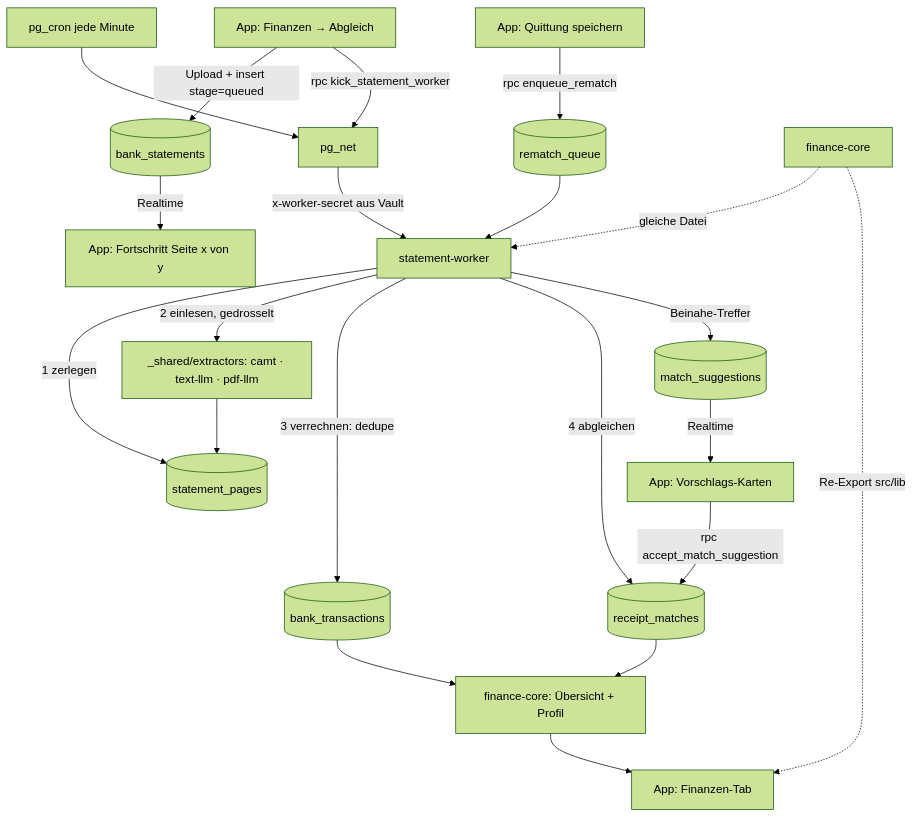
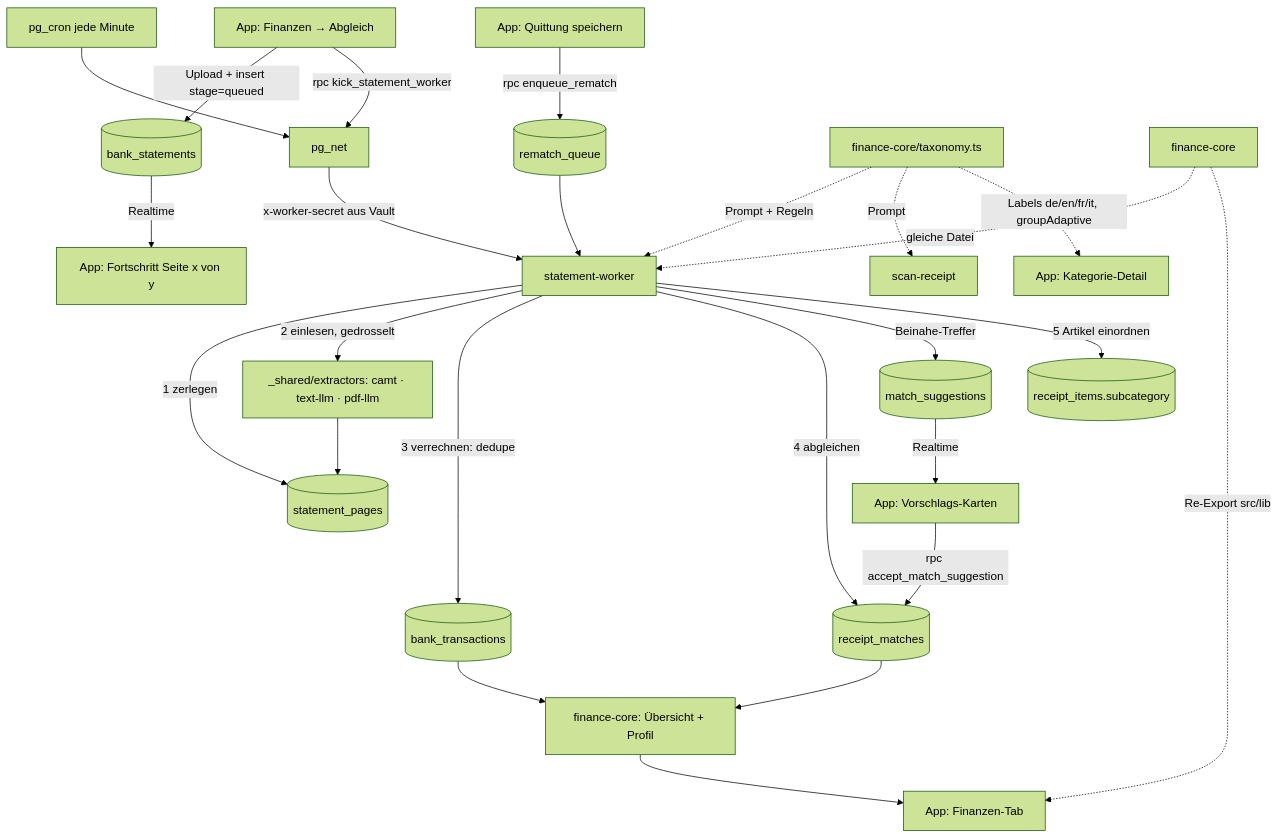
Before and after one commit to RaphaDevx/piggy: the diagram in ARCHITECTURE.md, drawn with Mermaid (forest theme). The commit also changed other lines of this file and 35 other files, not shown here.

````diff
--- a/ARCHITECTURE.md
+++ b/ARCHITECTURE.md
@@ -33,20 +37,24 @@
 ```mermaid
 graph TD
     APP[App: Finanzen → Abgleich] -->|Upload + insert stage=queued| ST[(bank_statements)]
     APP -->|rpc kick_statement_worker| NET[pg_net]
     CRON[pg_cron jede Minute] --> NET
     NET -->|x-worker-secret aus Vault| W[statement-worker]
     W -->|1 zerlegen| PG[(statement_pages)]
     W -->|2 einlesen, gedrosselt| EX[_shared/extractors: camt · text-llm · pdf-llm]
     EX --> PG
     W -->|3 verrechnen: dedupe| TX[(bank_transactions)]
     W -->|4 abgleichen| MT[(receipt_matches)]
     W -->|Beinahe-Treffer| SG[(match_suggestions)]
     SCAN[App: Quittung speichern] -->|rpc enqueue_rematch| RQ[(rematch_queue)] --> W
     ST -->|Realtime| PROG[App: Fortschritt Seite x von y]
     SG -->|Realtime| CARD[App: Vorschlags-Karten] -->|rpc accept_match_suggestion| MT
     TX & MT --> FIN[finance-core: Übersicht + Profil] --> TAB[App: Finanzen-Tab]
+    W -->|5 Artikel einordnen| RI[(receipt_items.subcategory)]
+    TAXO[finance-core/taxonomy.ts] -.->|Prompt + Regeln| W
+    TAXO -.->|Prompt| SR[scan-receipt]
+    TAXO -.->|Labels de/en/fr/it, groupAdaptive| CAT[App: Kategorie-Detail]
 
     CORE[finance-core] -.->|gleiche Datei| W
     CORE -.->|Re-Export src/lib| TAB
 ```
````
